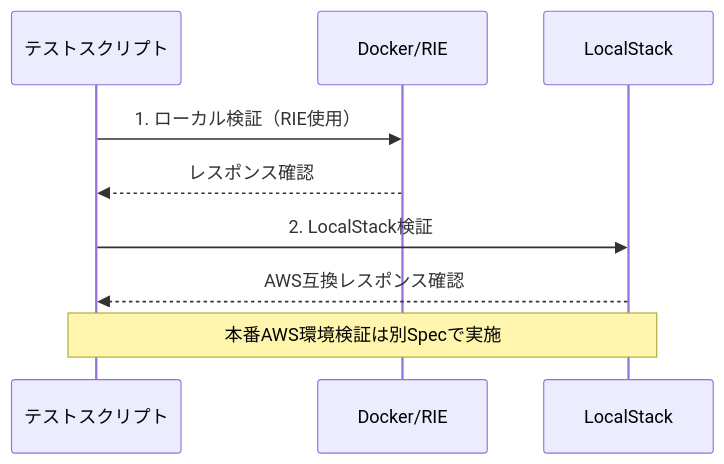
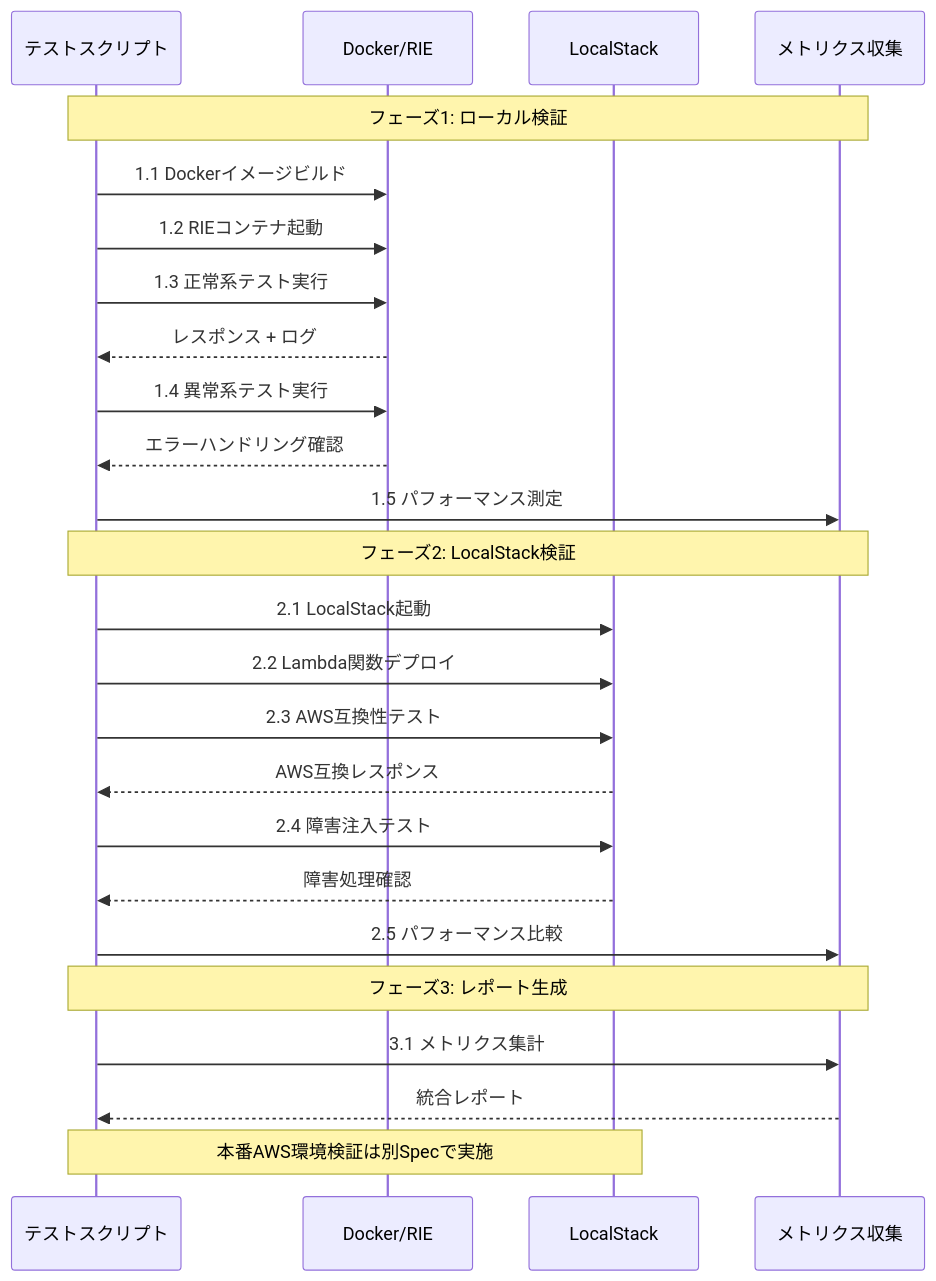
The second of 2 diagrams in .kiro/specs/lambda-verification/design.md (TORIFUKUKaiou/toukon_lambda), drawn with Mermaid before and after one commit. The commit also changed other lines of this file and 2 other files, not shown here.

Commit message:
update specs

````diff
--- a/.kiro/specs/lambda-verification/design.md
+++ b/.kiro/specs/lambda-verification/design.md
@@ -35,14 +35,31 @@
 ```mermaid
 sequenceDiagram
     participant T as テストスクリプト
     participant D as Docker/RIE
     participant L as LocalStack
+    participant M as メトリクス収集
     
-    T->>D: 1. ローカル検証（RIE使用）
-    D-->>T: レスポンス確認
+    Note over T,M: フェーズ1: ローカル検証
+    T->>D: 1.1 Dockerイメージビルド
+    T->>D: 1.2 RIEコンテナ起動
+    T->>D: 1.3 正常系テスト実行
+    D-->>T: レスポンス + ログ
+    T->>D: 1.4 異常系テスト実行
+    D-->>T: エラーハンドリング確認
+    T->>M: 1.5 パフォーマンス測定
     
-    T->>L: 2. LocalStack検証
-    L-->>T: AWS互換レスポンス確認
+    Note over T,M: フェーズ2: LocalStack検証
+    T->>L: 2.1 LocalStack起動
+    T->>L: 2.2 Lambda関数デプロイ
+    T->>L: 2.3 AWS互換性テスト
+    L-->>T: AWS互換レスポンス
+    T->>L: 2.4 障害注入テスト
+    L-->>T: 障害処理確認
+    T->>M: 2.5 パフォーマンス比較
+    
+    Note over T,M: フェーズ3: レポート生成
+    T->>M: 3.1 メトリクス集計
+    M-->>T: 統合レポート
     
     Note over T,L: 本番AWS環境検証は別Specで実施
 ```
````
